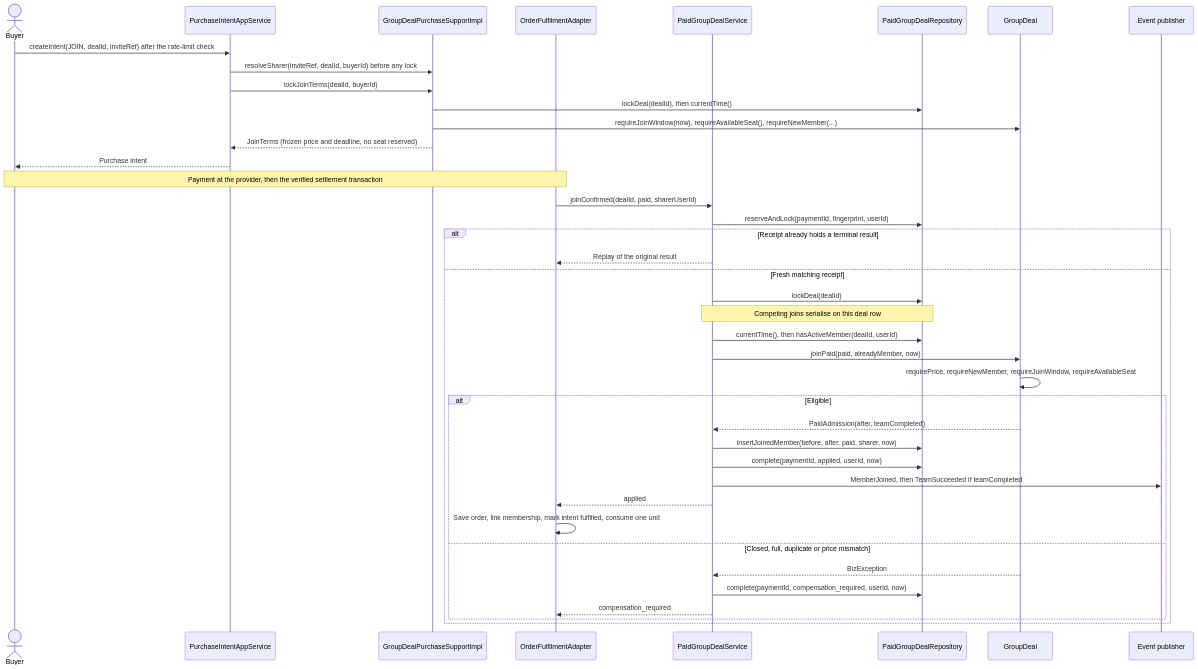
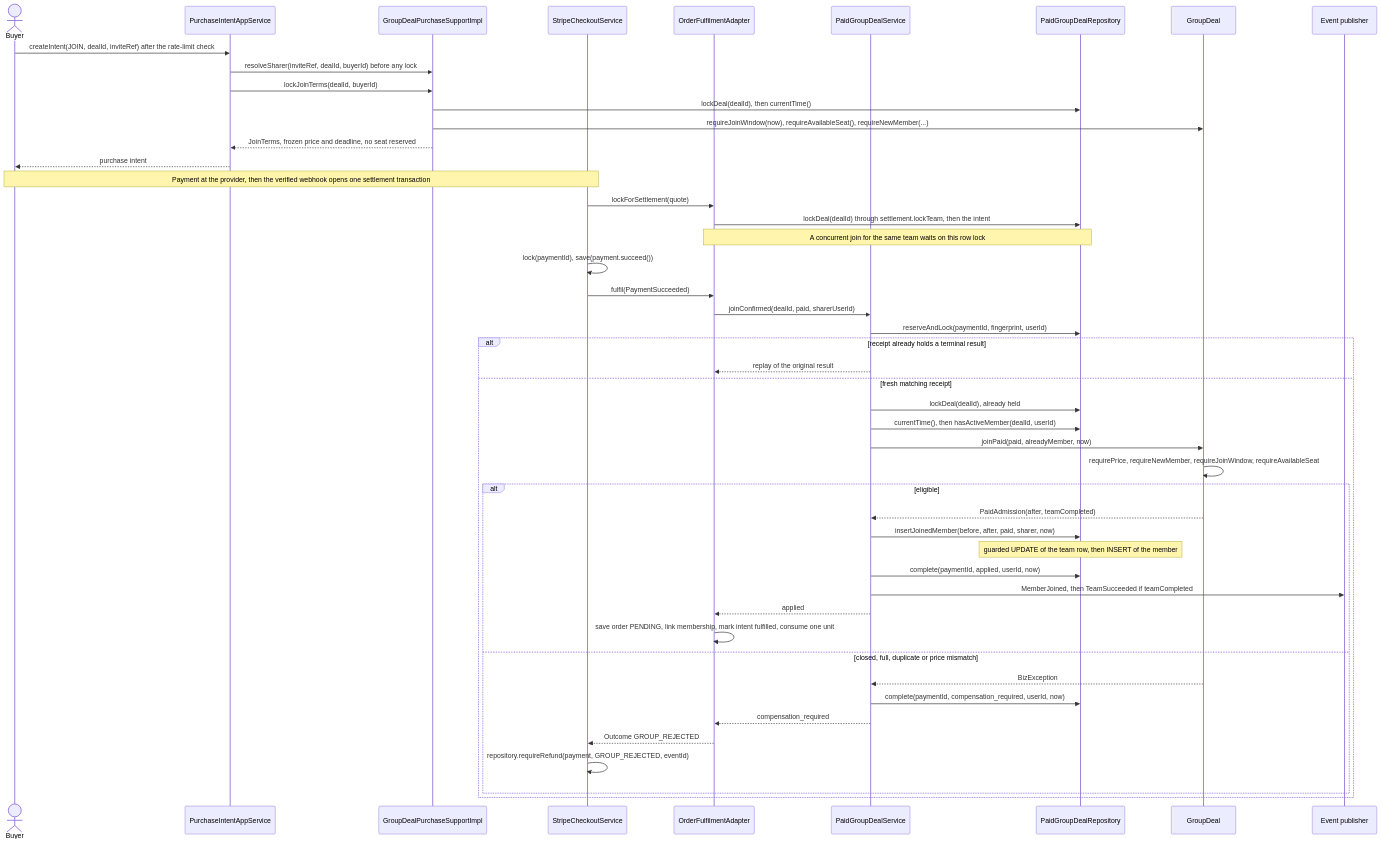
One commit to PPsyrius/iss-groupbuy-team8 changed the seventh of 11 diagrams in docs/swe5006/report-drafts/eric-wang-contribution.md. Above: the diagram before and after it, drawn with Mermaid. The commit also changed other lines of this file and 3 other files, not shown here.

````diff
--- a/docs/swe5006/report-drafts/eric-wang-contribution.md
+++ b/docs/swe5006/report-drafts/eric-wang-contribution.md
@@ -326,44 +544,52 @@
 ```mermaid
 sequenceDiagram
     actor Buyer
     participant Intent as PurchaseIntentAppService
     participant Quote as GroupDealPurchaseSupportImpl
+    participant Pay as StripeCheckoutService
     participant Adapter as OrderFulfilmentAdapter
     participant Service as PaidGroupDealService
     participant Repo as PaidGroupDealRepository
     participant Deal as GroupDeal
     participant Bus as Event publisher
 
     Buyer->>Intent: createIntent(JOIN, dealId, inviteRef) after the rate-limit check
     Intent->>Quote: resolveSharer(inviteRef, dealId, buyerId) before any lock
     Intent->>Quote: lockJoinTerms(dealId, buyerId)
     Quote->>Repo: lockDeal(dealId), then currentTime()
     Quote->>Deal: requireJoinWindow(now), requireAvailableSeat(), requireNewMember(...)
-    Quote-->>Intent: JoinTerms (frozen price and deadline, no seat reserved)
-    Intent-->>Buyer: Purchase intent
+    Quote-->>Intent: JoinTerms, frozen price and deadline, no seat reserved
+    Intent-->>Buyer: purchase intent
 
-    Note over Buyer,Adapter: Payment at the provider, then the verified settlement transaction
+    Note over Buyer,Pay: Payment at the provider, then the verified webhook opens one settlement transaction
+    Pay->>Adapter: lockForSettlement(quote)
+    Adapter->>Repo: lockDeal(dealId) through settlement.lockTeam, then the intent
+    Note over Adapter,Repo: A concurrent join for the same team waits on this row lock
+    Pay->>Pay: lock(paymentId), save(payment.succeed())
+    Pay->>Adapter: fulfil(PaymentSucceeded)
     Adapter->>Service: joinConfirmed(dealId, paid, sharerUserId)
     Service->>Repo: reserveAndLock(paymentId, fingerprint, userId)
-    alt Receipt already holds a terminal result
-        Service-->>Adapter: Replay of the original result
-    else Fresh matching receipt
-        Service->>Repo: lockDeal(dealId)
-        Note over Service,Repo: Competing joins serialise on this deal row
+    alt receipt already holds a terminal result
+        Service-->>Adapter: replay of the original result
+    else fresh matching receipt
+        Service->>Repo: lockDeal(dealId), already held
         Service->>Repo: currentTime(), then hasActiveMember(dealId, userId)
         Service->>Deal: joinPaid(paid, alreadyMember, now)
         Deal->>Deal: requirePrice, requireNewMember, requireJoinWindow, requireAvailableSeat
-        alt Eligible
+        alt eligible
             Deal-->>Service: PaidAdmission(after, teamCompleted)
             Service->>Repo: insertJoinedMember(before, after, paid, sharer, now)
+            Note over Repo: guarded UPDATE of the team row, then INSERT of the member
             Service->>Repo: complete(paymentId, applied, userId, now)
             Service->>Bus: MemberJoined, then TeamSucceeded if teamCompleted
             Service-->>Adapter: applied
-            Adapter->>Adapter: Save order, link membership, mark intent fulfilled, consume one unit
-        else Closed, full, duplicate or price mismatch
+            Adapter->>Adapter: save order PENDING, link membership, mark intent fulfilled, consume one unit
+        else closed, full, duplicate or price mismatch
             Deal-->>Service: BizException
             Service->>Repo: complete(paymentId, compensation_required, userId, now)
             Service-->>Adapter: compensation_required
+            Adapter-->>Pay: Outcome GROUP_REJECTED
+            Pay->>Pay: repository.requireRefund(payment, GROUP_REJECTED, eventId)
         end
     end
 ```
````
